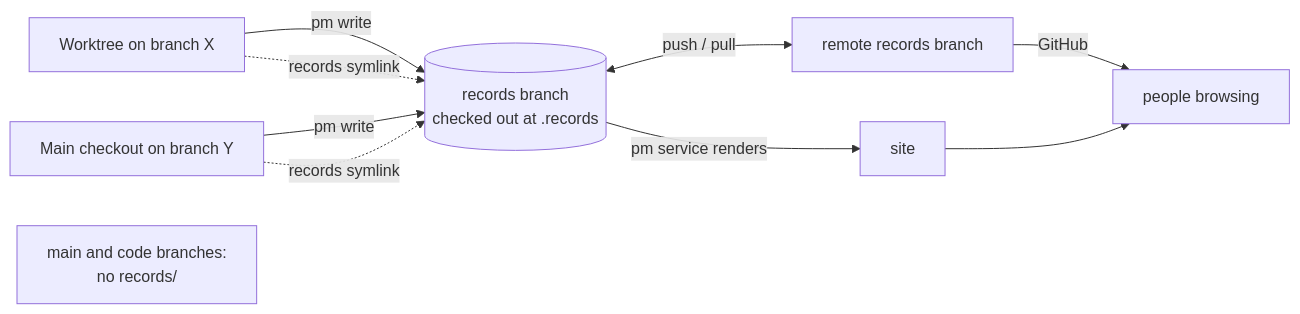
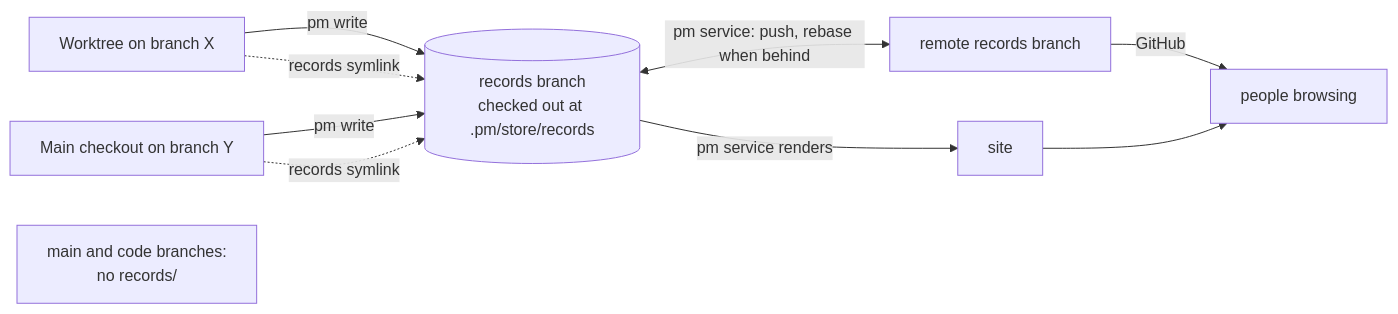
The diagram in design/records-store.md (Yeeef/pm), drawn with Mermaid before and after one commit. The commit also changed other lines of this file and 1 other file, not shown here.

Commit message:
pm-records sprint 1: records-store and record-layer pages at the code's current state

````diff
--- a/design/records-store.md
+++ b/design/records-store.md
@@ -89,13 +91,13 @@
 ```mermaid
 flowchart LR
   wt1["Worktree on branch X"] -->|"pm write"| store
   wt2["Main checkout on branch Y"] -->|"pm write"| store
-  store[("records branch<br/>checked out at .records")]
+  store[("records branch<br/>checked out at .pm/store/records")]
   wt1 -.->|"records symlink"| store
   wt2 -.->|"records symlink"| store
-  store <-->|"push / pull"| remote["remote records branch"]
+  store <-->|"pm service: push, rebase when behind"| remote["remote records branch"]
   store -->|"pm service renders"| site["site"]
   remote -->|"GitHub"| people["people browsing"]
   site --> people
   main["main and code branches:<br/>no records/"]
 ```
````
